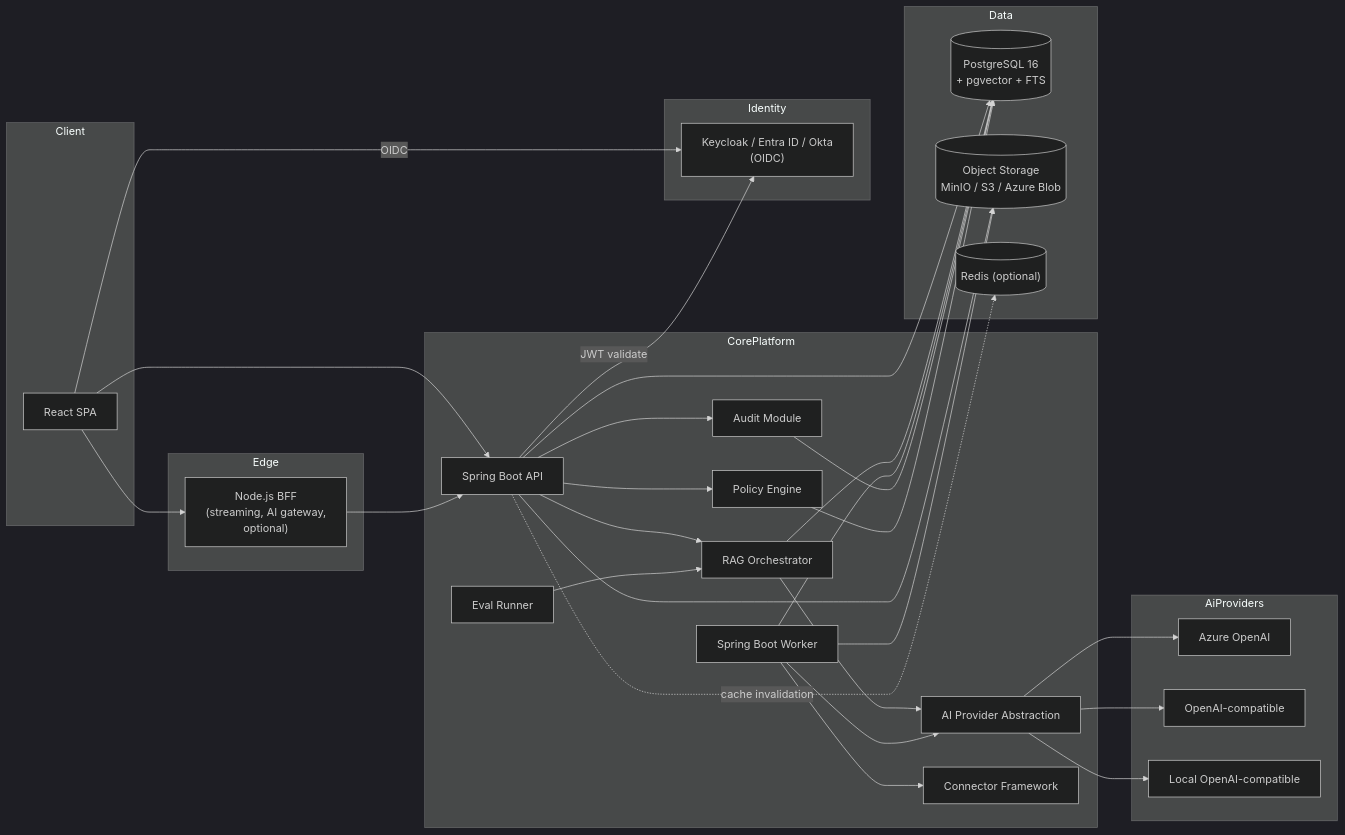
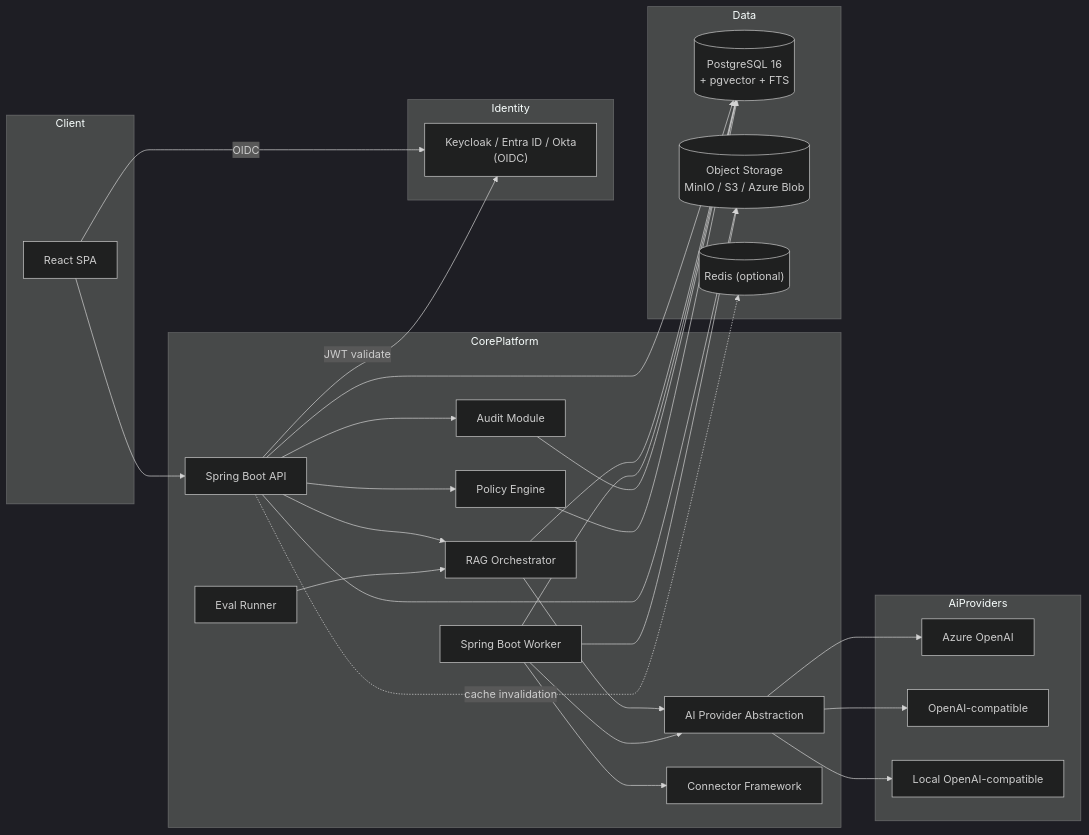
The first of 9 diagrams in docs/Solution_Architecture.md (alechulkin/rag), drawn with Mermaid (dark theme) before and after one commit. The commit also changed other lines of this file and 9 other files, not shown here.

````diff
--- a/docs/Solution_Architecture.md
+++ b/docs/Solution_Architecture.md
@@ -23,61 +23,55 @@
 ```mermaid
 flowchart LR
   subgraph Client
     React[React SPA]
-  end
-
-  subgraph Edge
-    BFF["Node.js BFF<br/>(streaming, AI gateway,<br/>optional)"]
   end
 
   subgraph CorePlatform
     API[Spring Boot API]
     Worker[Spring Boot Worker]
     PolicyEngine[Policy Engine]
     ProviderAbstr[AI Provider Abstraction]
     ConnectorFwk[Connector Framework]
     RagOrch[RAG Orchestrator]
     EvalRunner[Eval Runner]
     AuditModule[Audit Module]
   end
 
   subgraph Data
     PG[("PostgreSQL 16<br/>+ pgvector + FTS")]
     Obj[("Object Storage<br/>MinIO / S3 / Azure Blob")]
     Redis[("Redis (optional)")]
   end
 
   subgraph Identity
     KC["Keycloak / Entra ID / Okta<br/>(OIDC)"]
   end
 
   subgraph AiProviders
     Azure[Azure OpenAI]
     OAI[OpenAI-compatible]
     Local[Local OpenAI-compatible]
   end
 
-  React --> BFF
   React --> API
-  BFF --> API
   React -- OIDC --> KC
   API -- JWT validate --> KC
   API --> PolicyEngine
   API --> RagOrch
   API --> AuditModule
   API --> PG
   API --> Obj
   RagOrch --> PG
   RagOrch --> ProviderAbstr
   ProviderAbstr --> Azure
   ProviderAbstr --> OAI
   ProviderAbstr --> Local
   Worker --> ConnectorFwk
   Worker --> ProviderAbstr
   Worker --> PG
   Worker --> Obj
   EvalRunner --> RagOrch
   AuditModule --> PG
   PolicyEngine --> PG
   API -. cache invalidation .-> Redis
 ```
````
